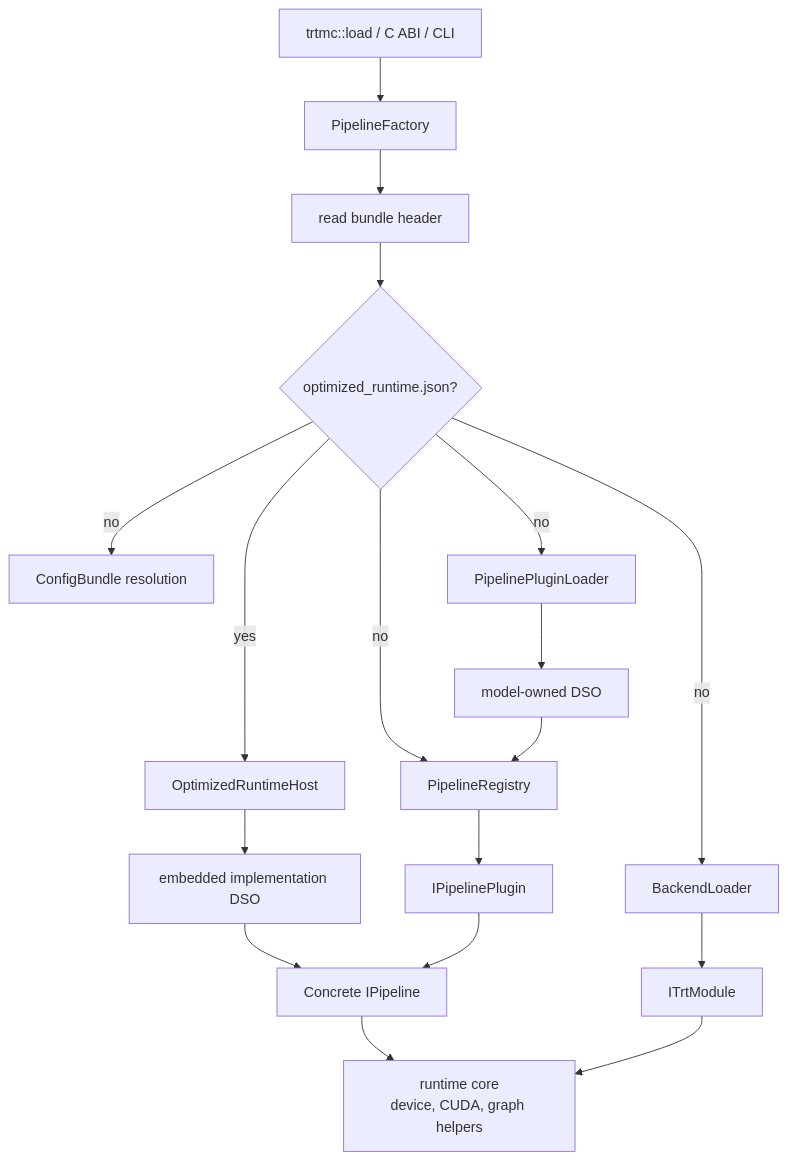
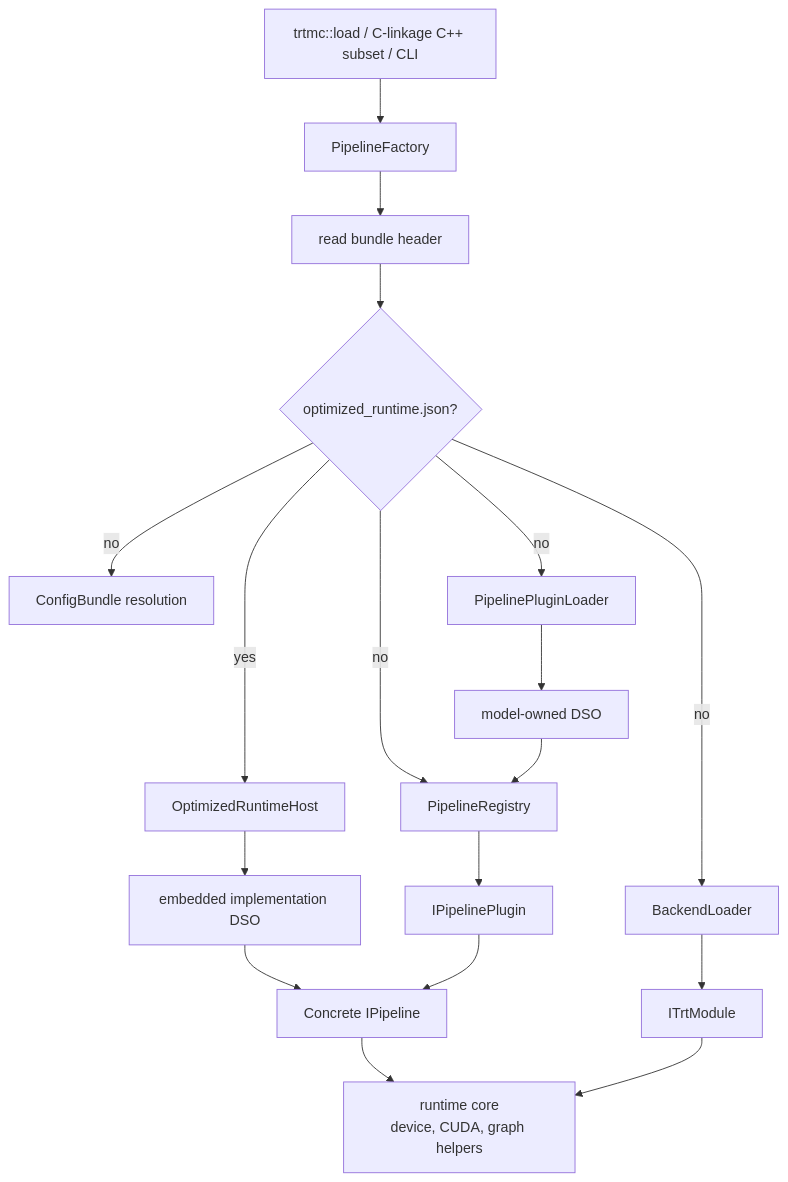
One commit to NVIDIA/TensorRT-Model-Connect changed the first of 2 diagrams in website/docs/unit-design/cpp-runtime.md. Above: the diagram before and after it, drawn with Mermaid. The commit also changed 38 other files, not shown here.

````diff
--- a/website/docs/unit-design/cpp-runtime.md
+++ b/website/docs/unit-design/cpp-runtime.md
@@ -7,20 +7,20 @@
 ```mermaid
 flowchart TD
-  Public["trtmc::load / C ABI / CLI"] --> Factory["PipelineFactory"]
+  Public["trtmc::load / C-linkage C++ subset / CLI"] --> Factory["PipelineFactory"]
   Factory --> Bundle["read bundle header"]
   Bundle --> Kind{"optimized_runtime.json?"}
   Kind -->|yes| Provider["OptimizedRuntimeHost"]
   Provider --> ImplDSO["embedded implementation DSO"]
   ImplDSO --> Pipeline
   Kind -->|no| Config["ConfigBundle resolution"]
   Kind -->|no| Backend["BackendLoader"]
   Kind -->|no| Loader["PipelinePluginLoader"]
   Loader --> DSO["model-owned DSO"]
   Kind -->|no| Registry["PipelineRegistry"]
   DSO --> Registry
   Registry --> Plugin["IPipelinePlugin"]
   Backend --> Module["ITrtModule"]
   Plugin --> Pipeline["Concrete IPipeline"]
   Pipeline --> Core["runtime core<br/>device, CUDA, graph helpers"]
   Module --> Core
 ```
````
